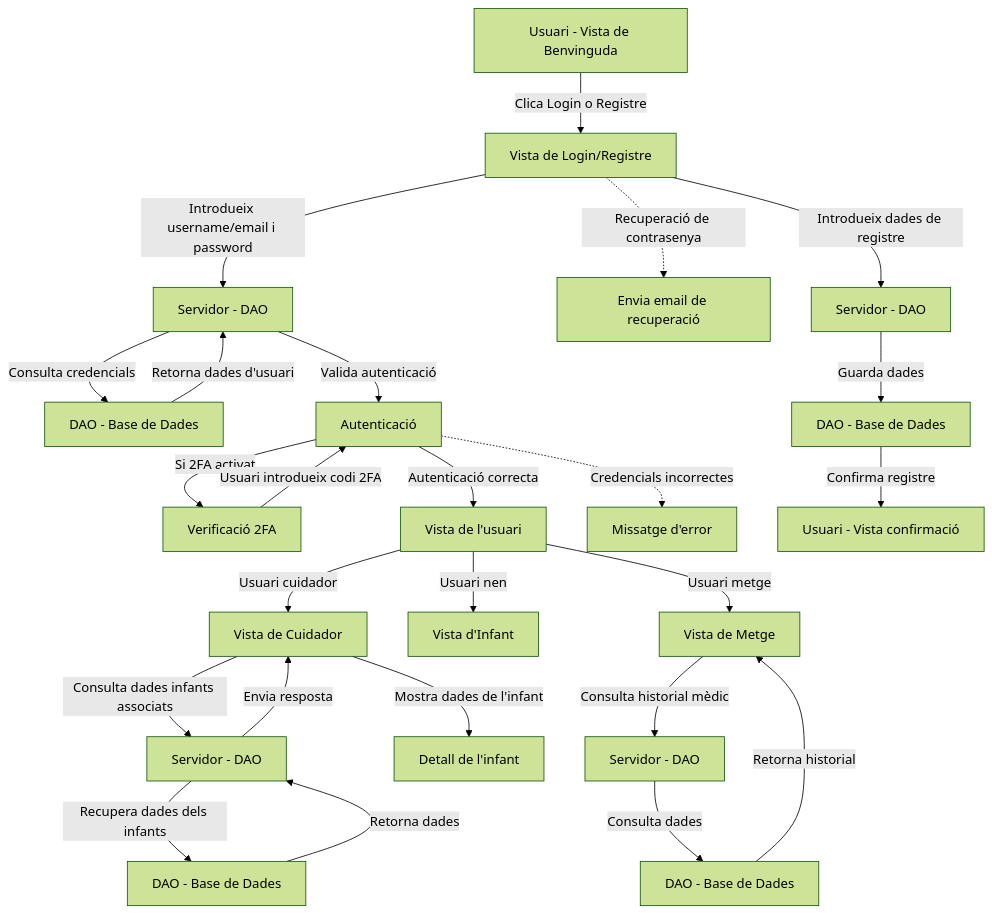
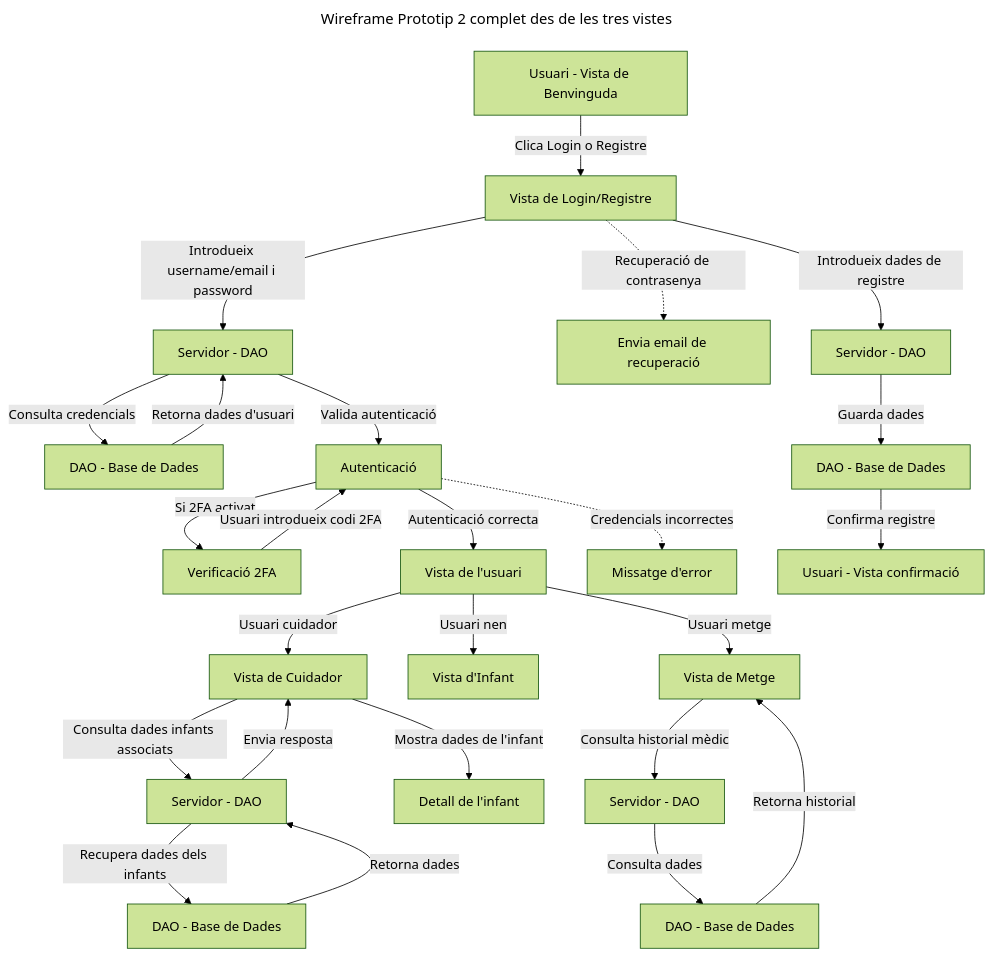
The diagram in prototip2/registres/dgm_wireframeprototip2.mermaid (anpatricia-18/tapatApp), drawn with Mermaid (forest theme) before and after one commit.

```diff
--- a/prototip2/registres/dgm_wireframeprototip2.mermaid
+++ b/prototip2/registres/dgm_wireframeprototip2.mermaid
@@ -1,41 +1,41 @@
 ---
-title:Wireframe Prototip 2 complet des de les tres vistes
+title: Wireframe Prototip 2 complet des de les tres vistes
 ---
 flowchart TD
     %% Inici (Benvinguda)
     A[Usuari - Vista de Benvinguda] -->|Clica Login o Registre| B[Vista de Login/Registre]
 
     %% Login
     B -->|Introdueix username/email i password| C[Servidor - DAO]
     C -->|Consulta credencials| D[DAO - Base de Dades]
     D -->|Retorna dades d'usuari| C
     C -->|Valida autenticació| E[Autenticació]
     
     E -->|Si 2FA activat| F[Verificació 2FA]
     F -->|Usuari introdueix codi 2FA| E
     E -->|Autenticació correcta| G[Vista de l'usuari]
 
     E -.->|Credencials incorrectes| H[Missatge d'error]
     B -.->|Recuperació de contrasenya| I[Envia email de recuperació]
 
     %% Registre
     B -->|Introdueix dades de registre| J[Servidor - DAO]
     J -->|Guarda dades| K[DAO - Base de Dades]
     K -->|Confirma registre| L[Usuari - Vista confirmació]
 
     %% Login correcte - Vista segons rol
     G -->|Usuari cuidador| M[Vista de Cuidador]
     G -->|Usuari nen| N[Vista d'Infant]
     G -->|Usuari metge| O[Vista de Metge]
 
     %% Vista Cuidador
     M -->|Consulta dades infants associats| P[Servidor - DAO]
     P -->|Recupera dades dels infants| Q[DAO - Base de Dades]
     Q -->|Retorna dades| P
     P -->|Envia resposta| M
     M -->|Mostra dades de l'infant| R[Detall de l'infant]
 
     %% Vista Metge
     O -->|Consulta historial mèdic| S[Servidor - DAO]
     S -->|Consulta dades| T[DAO - Base de Dades]
     T -->|Retorna historial| O
```
